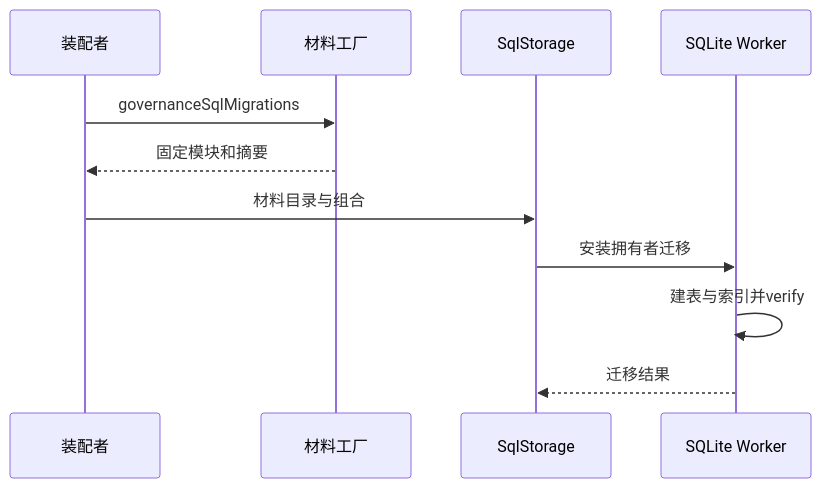
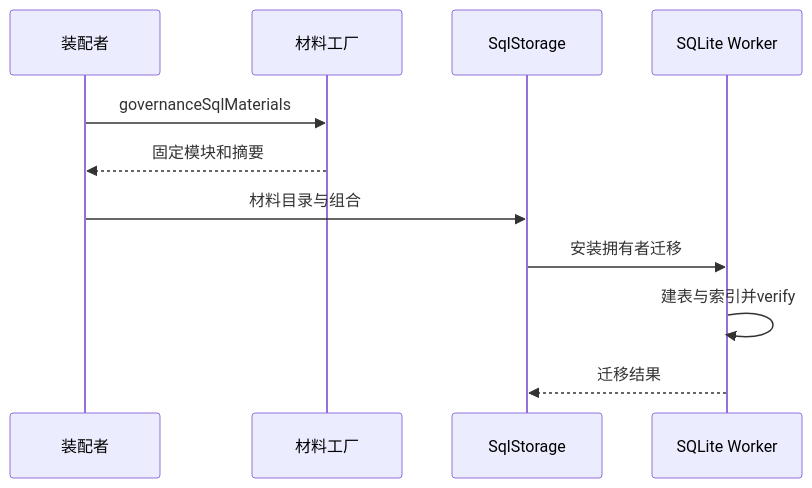
Before and after one commit to nemori-ai/omne-harness-lite: the first of 2 diagrams in packages/governance/governance-local/docs/flows.md, drawn with Mermaid. The commit also changed 73 other files, not shown here.

````diff
--- a/packages/governance/governance-local/docs/flows.md
+++ b/packages/governance/governance-local/docs/flows.md
@@ -7,13 +7,13 @@
 ```mermaid
 sequenceDiagram
   participant A as 装配者
   participant M as 材料工厂
   participant S as SqlStorage
   participant W as SQLite Worker
-  A->>M: governanceSqlMigrations
+  A->>M: governanceSqlMaterials
   M-->>A: 固定模块和摘要
   A->>S: 材料目录与组合
   S->>W: 安装拥有者迁移
   W->>W: 建表与索引并verify
   W-->>S: 迁移结果
 ```
````
